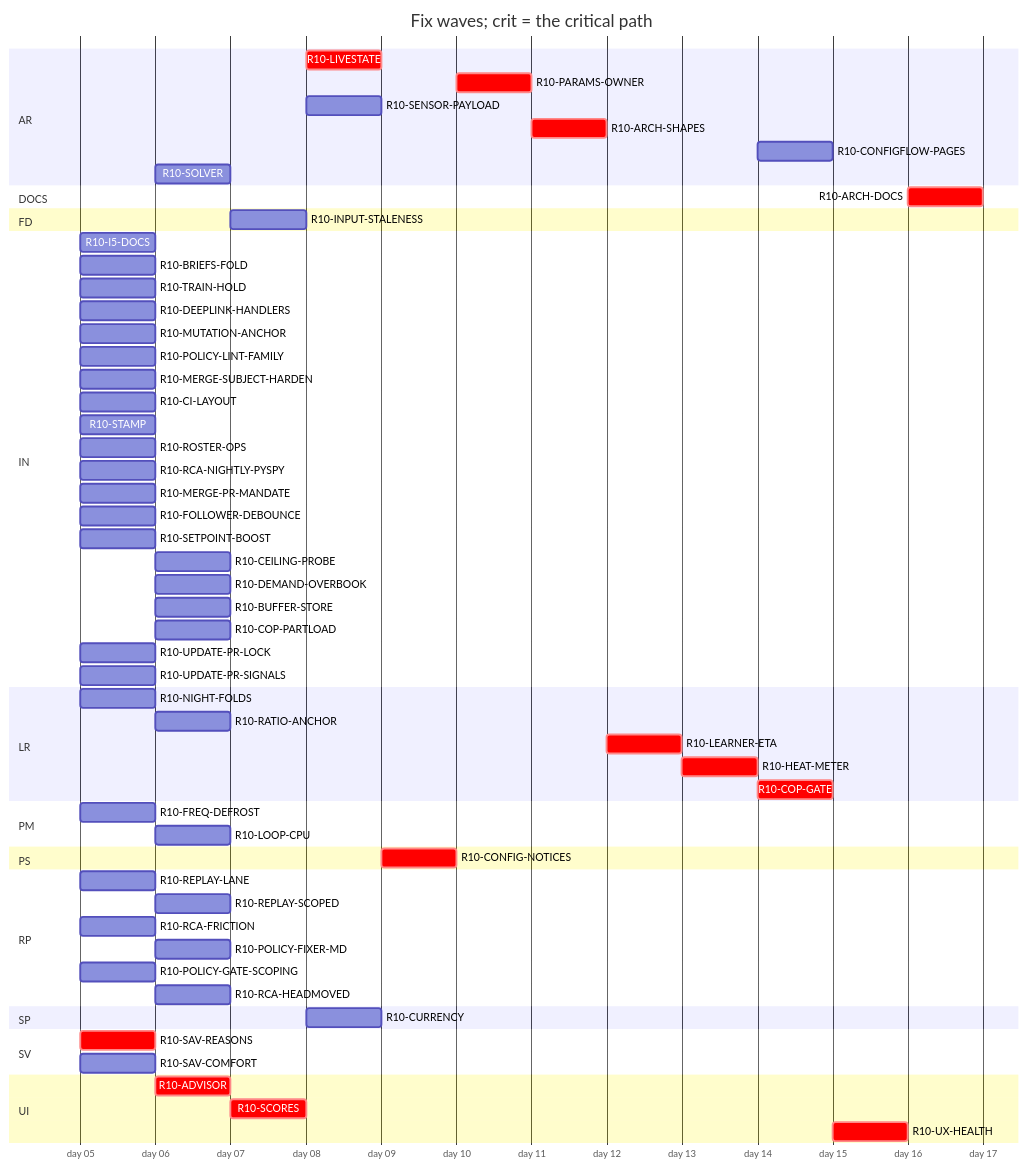
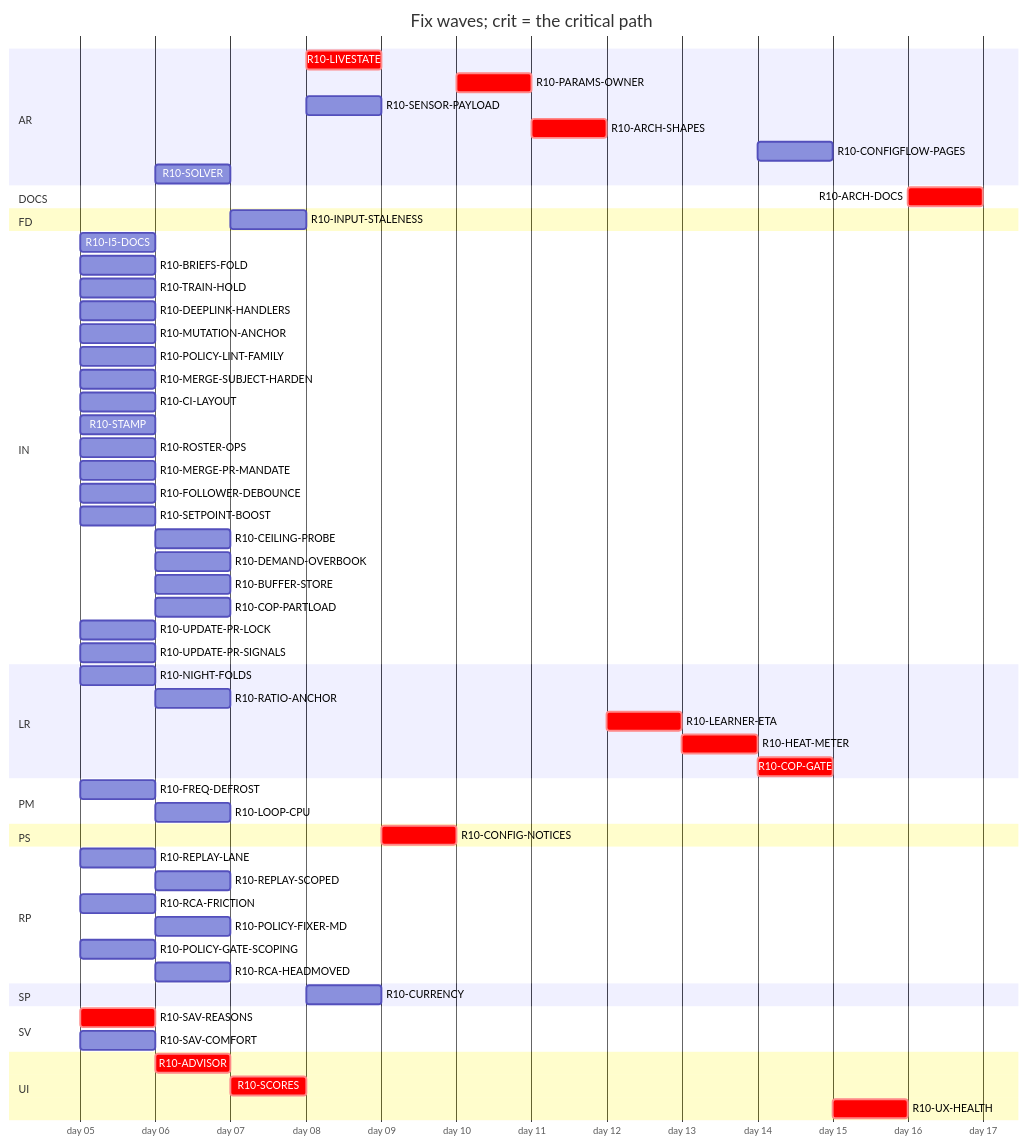
The diagram in handoff/round10/state/PLAN-TABLE.md (tvofi/heatpump_optimizer), drawn with Mermaid before and after one commit. The commit also changed other lines of this file and 2 other files, not shown here.

````diff
--- a/handoff/round10/state/PLAN-TABLE.md
+++ b/handoff/round10/state/PLAN-TABLE.md
@@ -24,65 +24,64 @@
 ```mermaid
 gantt
   title Fix waves; crit = the critical path
   dateFormat YYYY-MM-DD
   axisFormat day %d
   section AR
     R10-LIVESTATE :crit, r10LIVESTATE, after r10SCORES, 1d
     R10-PARAMS-OWNER :crit, r10PARAMSOWNER, after r10CONFIGNOTICES, 1d
     R10-SENSOR-PAYLOAD :r10SENSORPAYLOAD, after r10SCORES, 1d
     R10-ARCH-SHAPES :crit, r10ARCHSHAPES, after r10PARAMSOWNER r10SENSORPAYLOAD r10FREQDEFROST, 1d
     R10-CONFIGFLOW-PAGES :r10CONFIGFLOWPAGES, after r10HEATMETER, 1d
     R10-SOLVER :r10SOLVER, after r10SAVREASONS, 1d
   section DOCS
     R10-ARCH-DOCS :crit, r10ARCHDOCS, after r10NIGHTFOLDS r10RATIOANCHOR r10INPUTSTALENESS r10CURRENCY r10FREQDEFROST r10LOOPCPU r10SAVREASONS r10ADVISOR r10SCORES r10LIVESTATE r10CONFIGNOTICES r10PARAMSOWNER r10SENSORPAYLOAD r10ARCHSHAPES r10LEARNERETA r10HEATMETER r10COPGATE r10UXHEALTH r10CONFIGFLOWPAGES r10SOLVER r10I5DOCS r10BRIEFSFOLD r10REPLAYLANE r10REPLAYSCOPED r10TRAINHOLD r10DEEPLINKHANDLERS, 1d
   section FD
     R10-INPUT-STALENESS :r10INPUTSTALENESS, after r10RATIOANCHOR, 1d
   section IN
     R10-I5-DOCS :r10I5DOCS, 2026-01-05, 1d
     R10-BRIEFS-FOLD :r10BRIEFSFOLD, 2026-01-05, 1d
     R10-TRAIN-HOLD :r10TRAINHOLD, 2026-01-05, 1d
     R10-DEEPLINK-HANDLERS :r10DEEPLINKHANDLERS, 2026-01-05, 1d
     R10-MUTATION-ANCHOR :r10MUTATIONANCHOR, 2026-01-05, 1d
     R10-POLICY-LINT-FAMILY :r10POLICYLINTFAMILY, 2026-01-05, 1d
     R10-MERGE-SUBJECT-HARDEN :r10MERGESUBJECTHARDEN, 2026-01-05, 1d
     R10-CI-LAYOUT :r10CILAYOUT, 2026-01-05, 1d
     R10-STAMP :r10STAMP, 2026-01-05, 1d
     R10-ROSTER-OPS :r10ROSTEROPS, 2026-01-05, 1d
-    R10-RCA-NIGHTLY-PYSPY :r10RCANIGHTLYPYSPY, 2026-01-05, 1d
     R10-MERGE-PR-MANDATE :r10MERGEPRMANDATE, 2026-01-05, 1d
     R10-FOLLOWER-DEBOUNCE :r10FOLLOWERDEBOUNCE, 2026-01-05, 1d
     R10-SETPOINT-BOOST :r10SETPOINTBOOST, 2026-01-05, 1d
     R10-CEILING-PROBE :r10CEILINGPROBE, after r10SETPOINTBOOST r10CILAYOUT r10NIGHTFOLDS, 1d
     R10-DEMAND-OVERBOOK :r10DEMANDOVERBOOK, after r10SETPOINTBOOST, 1d
     R10-BUFFER-STORE :r10BUFFERSTORE, after r10SETPOINTBOOST, 1d
     R10-COP-PARTLOAD :r10COPPARTLOAD, after r10SETPOINTBOOST, 1d
     R10-UPDATE-PR-LOCK :r10UPDATEPRLOCK, 2026-01-05, 1d
     R10-UPDATE-PR-SIGNALS :r10UPDATEPRSIGNALS, 2026-01-05, 1d
   section LR
     R10-NIGHT-FOLDS :r10NIGHTFOLDS, 2026-01-05, 1d
     R10-RATIO-ANCHOR :r10RATIOANCHOR, after r10NIGHTFOLDS, 1d
     R10-LEARNER-ETA :crit, r10LEARNERETA, after r10ARCHSHAPES, 1d
     R10-HEAT-METER :crit, r10HEATMETER, after r10LEARNERETA r10INPUTSTALENESS r10RATIOANCHOR, 1d
     R10-COP-GATE :crit, r10COPGATE, after r10HEATMETER r10SENSORPAYLOAD, 1d
   section PM
     R10-FREQ-DEFROST :r10FREQDEFROST, 2026-01-05, 1d
     R10-LOOP-CPU :r10LOOPCPU, after r10FREQDEFROST, 1d
   section PS
     R10-CONFIG-NOTICES :crit, r10CONFIGNOTICES, after r10LIVESTATE, 1d
   section RP
     R10-REPLAY-LANE :r10REPLAYLANE, 2026-01-05, 1d
     R10-REPLAY-SCOPED :r10REPLAYSCOPED, after r10REPLAYLANE r10TRAINHOLD, 1d
     R10-RCA-FRICTION :r10RCAFRICTION, 2026-01-05, 1d
     R10-POLICY-FIXER-MD :r10POLICYFIXERMD, after r10RCAFRICTION r10BRIEFSFOLD, 1d
     R10-POLICY-GATE-SCOPING :r10POLICYGATESCOPING, 2026-01-05, 1d
     R10-RCA-HEADMOVED :r10RCAHEADMOVED, after r10RCAFRICTION, 1d
   section SP
     R10-CURRENCY :r10CURRENCY, after r10INPUTSTALENESS, 1d
   section SV
     R10-SAV-REASONS :crit, r10SAVREASONS, 2026-01-05, 1d
     R10-SAV-COMFORT :r10SAVCOMFORT, 2026-01-05, 1d
   section UI
     R10-ADVISOR :crit, r10ADVISOR, after r10SAVREASONS, 1d
     R10-SCORES :crit, r10SCORES, after r10ADVISOR, 1d
     R10-UX-HEALTH :crit, r10UXHEALTH, after r10SCORES r10COPGATE r10HEATMETER, 1d
 ```
````
